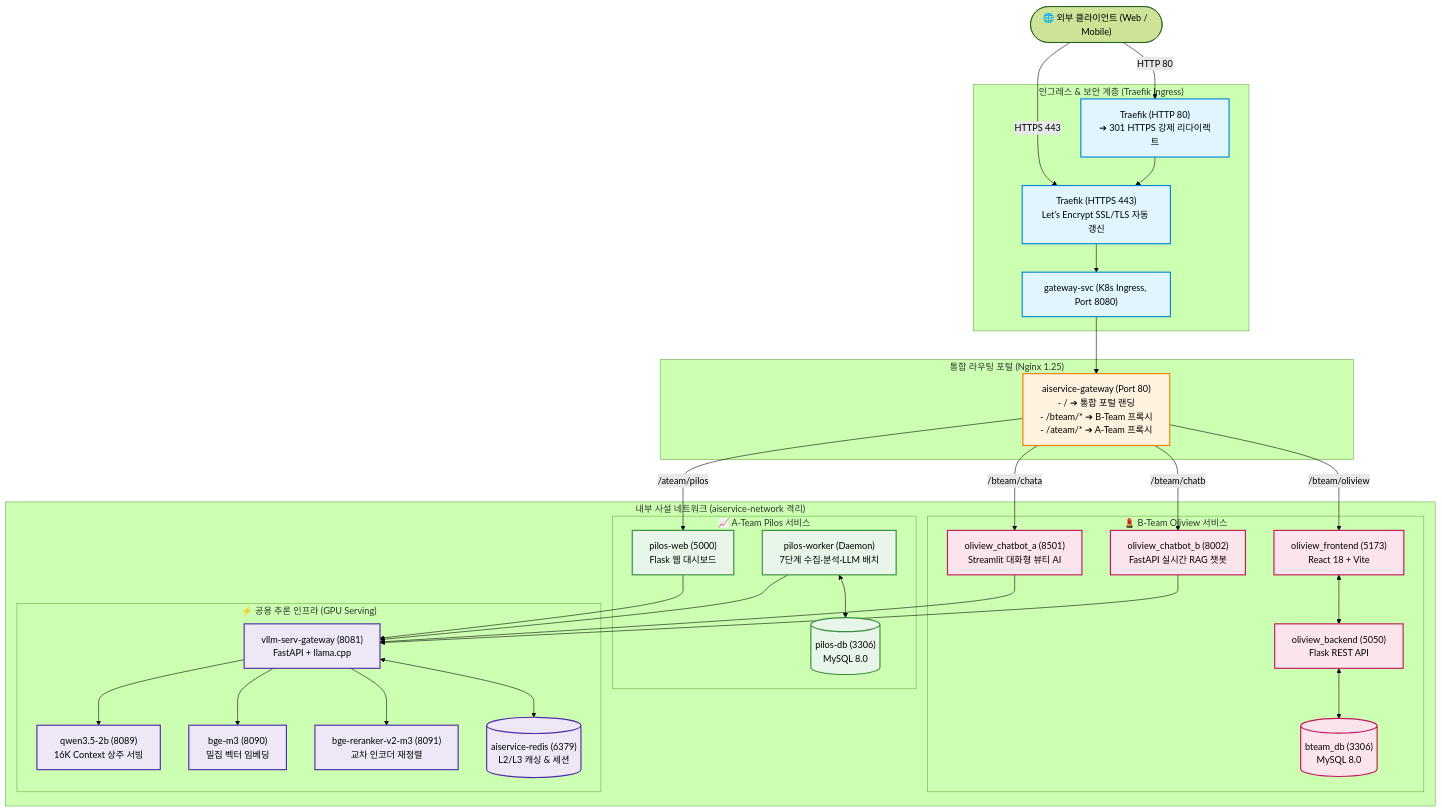
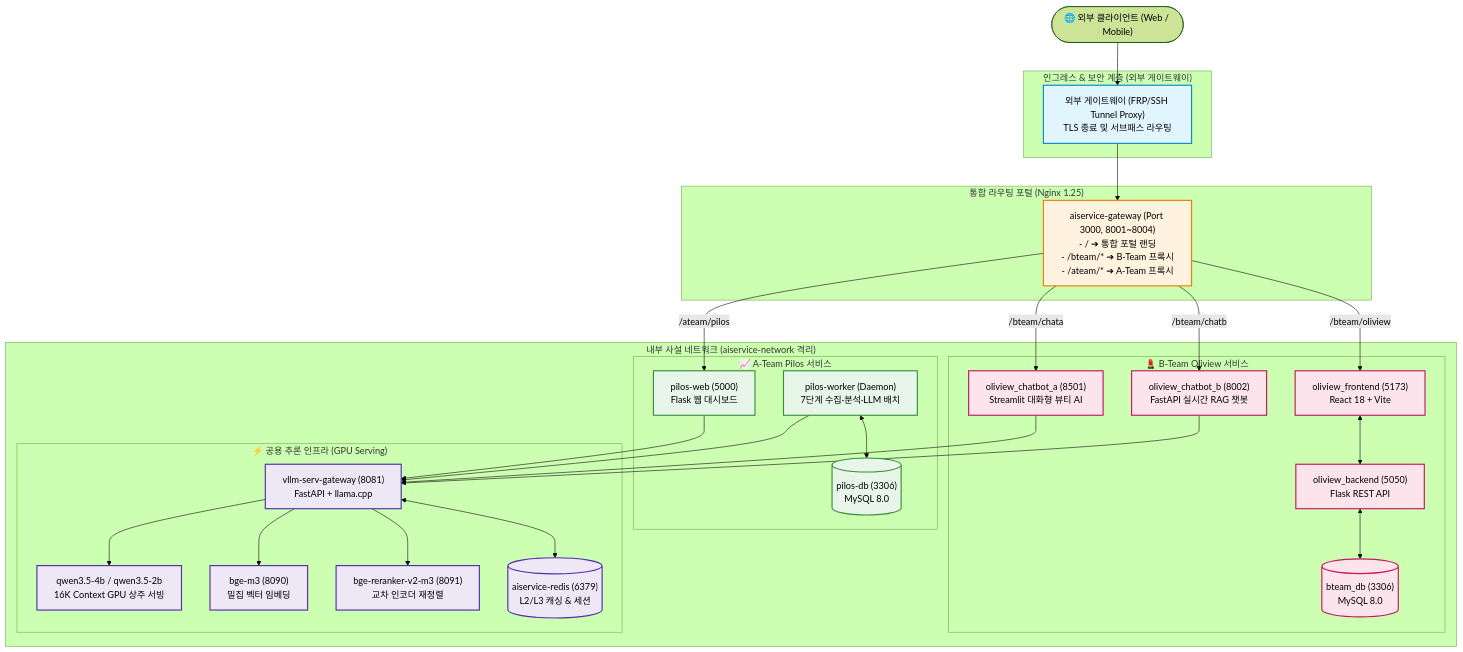
One commit to Ezenitac-AiService/AISERVICE changed the diagram in README.md. Above: the diagram before and after it, drawn with Mermaid (forest theme). The commit also changed other lines of this file, not shown here.

Commit message:
docs: update AISERVICE gateway topology

````diff
--- a/README.md
+++ b/README.md
@@ -9,69 +9,64 @@
 ```mermaid
 flowchart TD
     Client(["🌐 외부 클라이언트 (Web / Mobile)"])
 
-    subgraph Internet_Ingress ["인그레스 & 보안 계층 (Traefik Ingress)"]
-        TraefikHTTP["Traefik (HTTP 80)<br/>➔ 301 HTTPS 강제 리다이렉트"]
-        TraefikHTTPS["Traefik (HTTPS 443)<br/>Let's Encrypt SSL/TLS 자동 갱신"]
-        K8sIngress["gateway-svc (K8s Ingress, Port 8080)"]
+    subgraph Internet_Ingress ["인그레스 & 보안 계층 (외부 게이트웨이)"]
+        ExternalGW["외부 게이트웨이 (FRP/SSH Tunnel Proxy)<br/>TLS 종료 및 서브패스 라우팅"]
     end
 
     subgraph Router_Layer ["통합 라우팅 포털 (Nginx 1.25)"]
-        NginxGateway["aiservice-gateway (Port 80)<br/>- / ➔ 통합 포털 랜딩<br/>- /bteam/* ➔ B-Team 프록시<br/>- /ateam/* ➔ A-Team 프록시"]
+        NginxGateway["aiservice-gateway (Port 3000, 8001~8004)<br/>- / ➔ 통합 포털 랜딩<br/>- /bteam/* ➔ B-Team 프록시<br/>- /ateam/* ➔ A-Team 프록시"]
     end
 
     subgraph Private_Network ["내부 사설 네트워크 (aiservice-network 격리)"]
         subgraph BTeam_Group ["💄 B-Team Oliview 서비스"]
             OliviewFE["oliview_frontend (5173)<br/>React 18 + Vite"]
             OliviewBE["oliview_backend (5050)<br/>Flask REST API"]
             ChatbotA["oliview_chatbot_a (8501)<br/>Streamlit 대화형 뷰티 AI"]
             ChatbotB["oliview_chatbot_b (8002)<br/>FastAPI 실시간 RAG 챗봇"]
             BTeamDB[("bteam_db (3306)<br/>MySQL 8.0")]
         end
 
         subgraph ATeam_Group ["📈 A-Team Pilos 서비스"]
             PilosWeb["pilos-web (5000)<br/>Flask 웹 대시보드"]
             PilosWorker["pilos-worker (Daemon)<br/>7단계 수집·분석·LLM 배치"]
             PilosDB[("pilos-db (3306)<br/>MySQL 8.0")]
         end
 
         subgraph Model_Gateway_Group ["⚡ 공용 추론 인프라 (GPU Serving)"]
             ModelGateway["vllm-serv-gateway (8081)<br/>FastAPI + llama.cpp"]
-            ResidentLLM["qwen3.5-2b (8089)<br/>16K Context 상주 서빙"]
+            ResidentLLM["qwen3.5-4b / qwen3.5-2b<br/>16K Context GPU 상주 서빙"]
             Embedding["bge-m3 (8090)<br/>밀집 벡터 임베딩"]
             Reranker["bge-reranker-v2-m3 (8091)<br/>교차 인코더 재정렬"]
             RedisCache[("aiservice-redis (6379)<br/>L2/L3 캐싱 & 세션")]
         end
     end
 
-    Client -->|HTTP 80| TraefikHTTP
-    Client -->|HTTPS 443| TraefikHTTPS
-    TraefikHTTP --> TraefikHTTPS
-    TraefikHTTPS --> K8sIngress
-    K8sIngress --> NginxGateway
+    Client --> ExternalGW
+    ExternalGW --> NginxGateway
 
     NginxGateway -->|/bteam/oliview| OliviewFE
     NginxGateway -->|/bteam/chata| ChatbotA
     NginxGateway -->|/bteam/chatb| ChatbotB
     NginxGateway -->|/ateam/pilos| PilosWeb
 
     OliviewFE <--> OliviewBE
     OliviewBE <--> BTeamDB
     ChatbotA & ChatbotB --> ModelGateway
     PilosWeb & PilosWorker --> ModelGateway
     PilosWorker <--> PilosDB
     ModelGateway --> ResidentLLM & Embedding & Reranker
     ModelGateway <--> RedisCache
 
     classDef ingress fill:#e1f5fe,stroke:#0288d1,stroke-width:2px;
     classDef router fill:#fff3e0,stroke:#f57c00,stroke-width:2px;
     classDef bteam fill:#fce4ec,stroke:#c2185b,stroke-width:2px;
     classDef ateam fill:#e8f5e9,stroke:#388e3c,stroke-width:2px;
     classDef gateway fill:#ede7f6,stroke:#512da8,stroke-width:2px;
 
-    class TraefikHTTP,TraefikHTTPS,K8sIngress ingress;
+    class ExternalGW ingress;
     class NginxGateway router;
     class OliviewFE,OliviewBE,ChatbotA,ChatbotB,BTeamDB bteam;
     class PilosWeb,PilosWorker,PilosDB ateam;
     class ModelGateway,ResidentLLM,Embedding,Reranker,RedisCache gateway;
 ```
````
